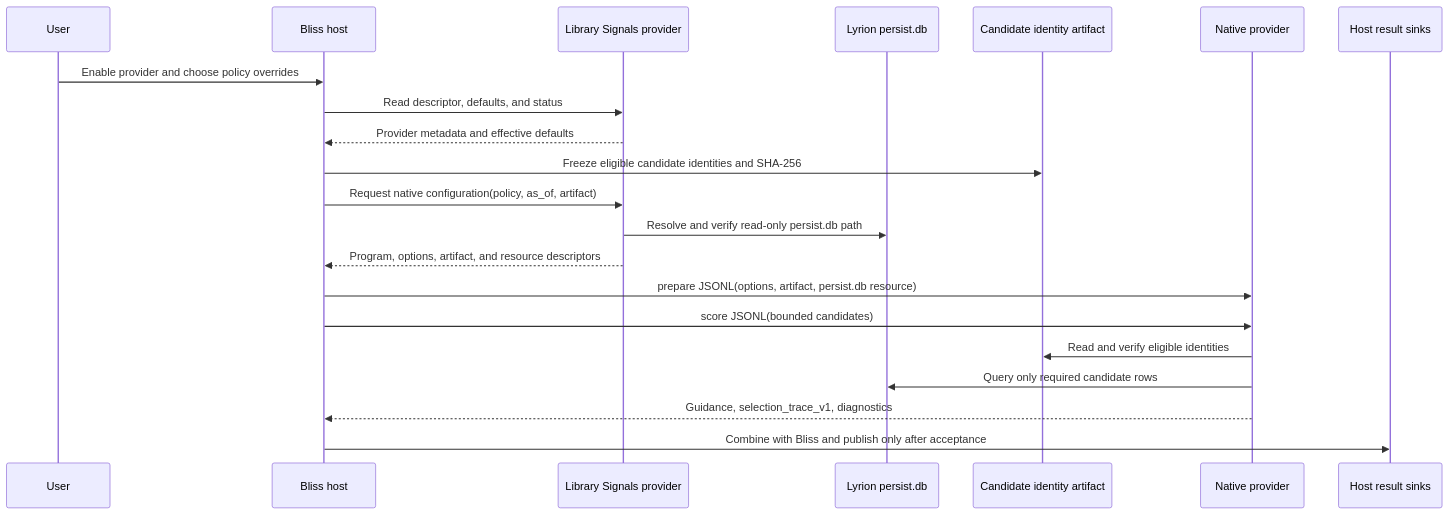
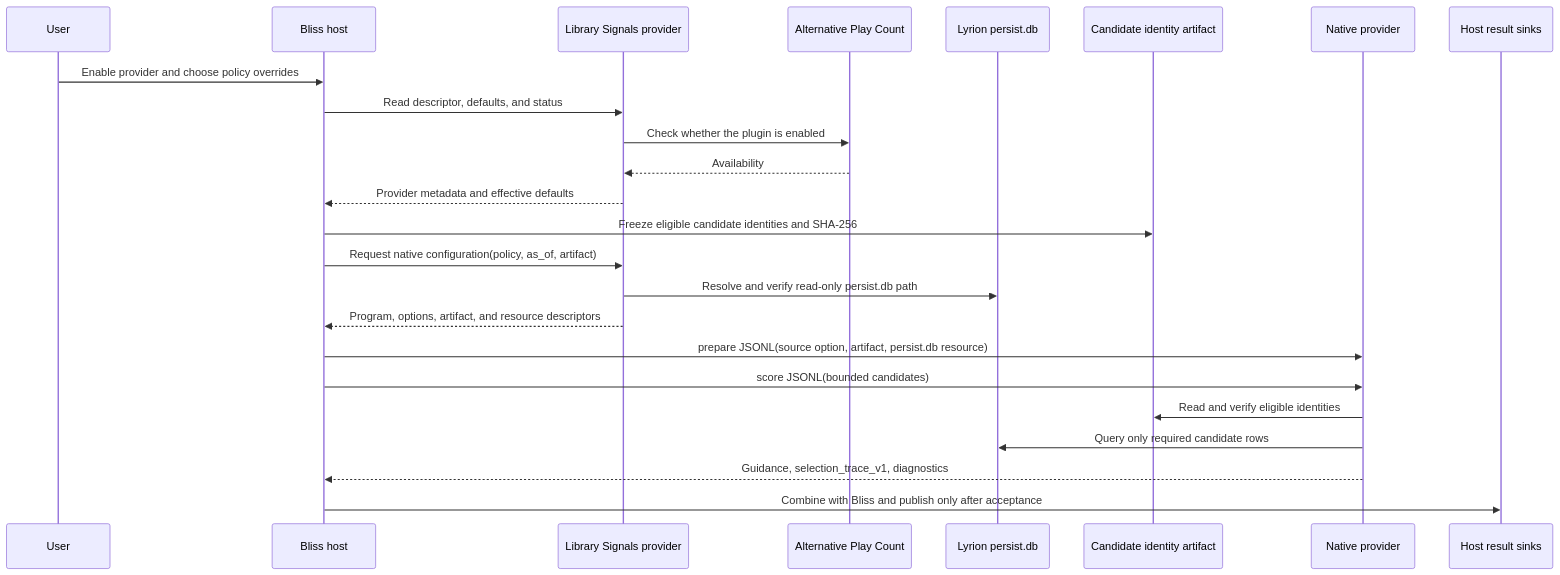
The second of 2 diagrams in README.md (chrober/lms-guidance-library-signals), drawn with Mermaid before and after one commit. The commit also changed other lines of this file and 9 other files, not shown here.

Commit message:
feat: add Alternative Play Count source

````diff
--- a/README.md
+++ b/README.md
@@ -69,24 +81,27 @@
 ```mermaid
 sequenceDiagram
     participant U as User
     participant H as Bliss host
     participant P as Library Signals provider
+    participant APC as Alternative Play Count
     participant DB as Lyrion persist.db
     participant A as Candidate identity artifact
     participant N as Native provider
     participant S as Host result sinks
 
     U->>H: Enable provider and choose policy overrides
     H->>P: Read descriptor, defaults, and status
+    P->>APC: Check whether the plugin is enabled
+    APC-->>P: Availability
     P-->>H: Provider metadata and effective defaults
     H->>A: Freeze eligible candidate identities and SHA-256
     H->>P: Request native configuration(policy, as_of, artifact)
     P->>DB: Resolve and verify read-only persist.db path
     P-->>H: Program, options, artifact, and resource descriptors
-    H->>N: prepare JSONL(options, artifact, persist.db resource)
+    H->>N: prepare JSONL(source option, artifact, persist.db resource)
     H->>N: score JSONL(bounded candidates)
     N->>A: Read and verify eligible identities
     N->>DB: Query only required candidate rows
     N-->>H: Guidance, selection_trace_v1, diagnostics
     H->>S: Combine with Bliss and publish only after acceptance
 ```
````
